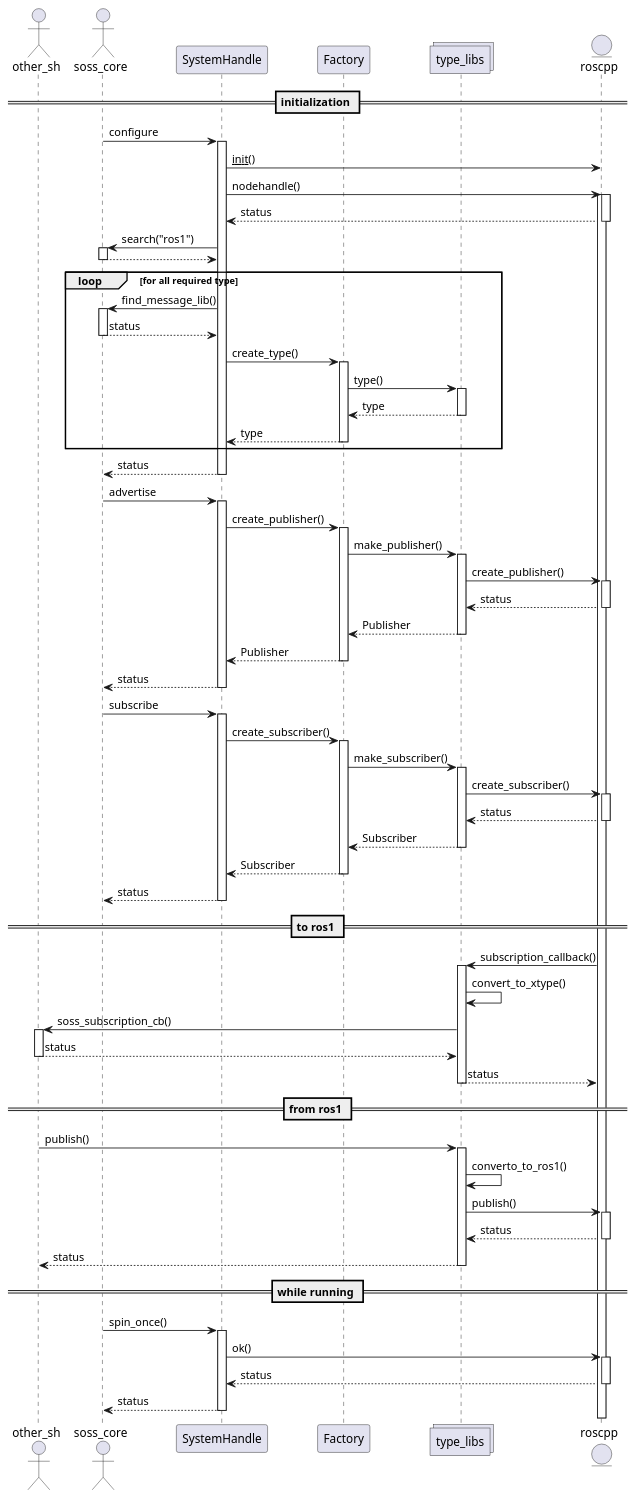
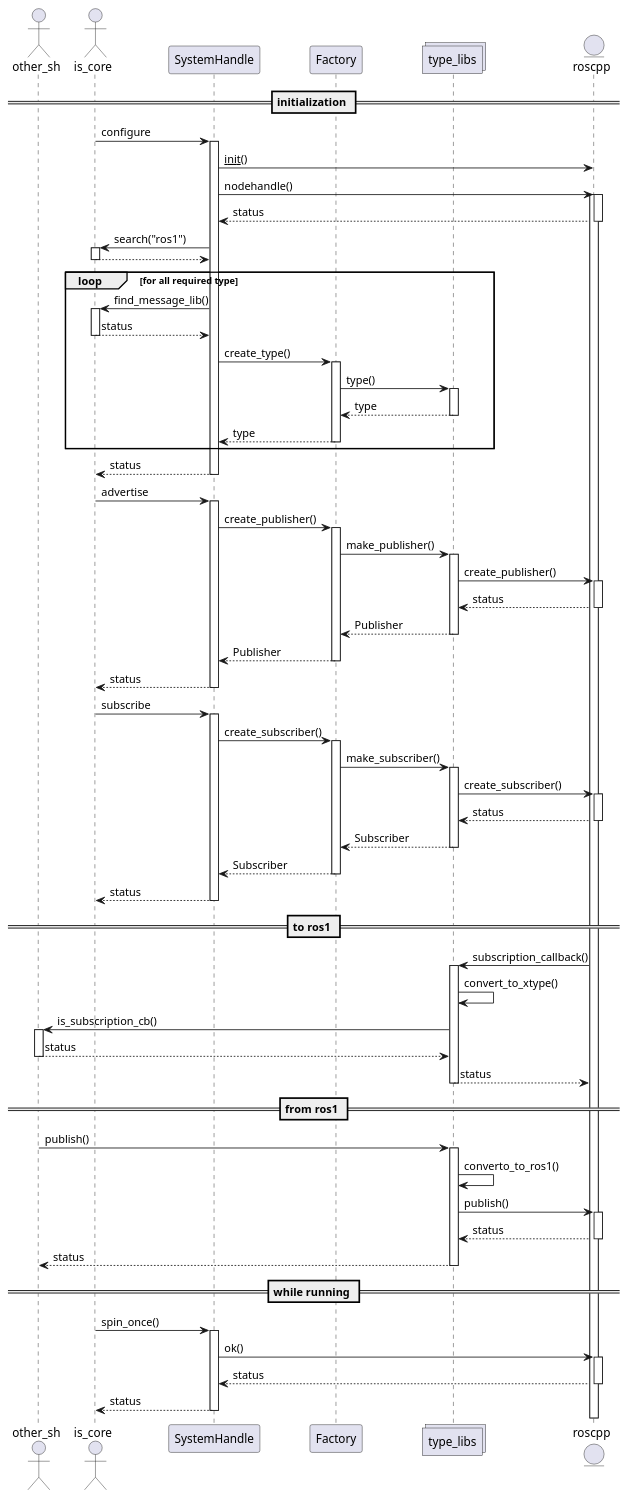
Before and after one commit to eProsima/ROS1-SH: the diagram in packages/ros1/docs/class.puml, drawn with PlantUML. The commit also changed 28 other files, not shown here.

```diff
--- a/packages/ros1/docs/class.puml
+++ b/packages/ros1/docs/class.puml
@@ -1,107 +1,107 @@
 @startuml
 
 actor other_sh
-actor soss_core
+actor is_core
 participant SystemHandle
 participant Factory
 collections type_libs
 entity roscpp
 
 == initialization ==
-soss_core -> SystemHandle: configure
+is_core -> SystemHandle: configure
 activate SystemHandle
 SystemHandle -> roscpp: __init__()
 SystemHandle -> roscpp: nodehandle()
 activate roscpp
-activate roscpp 
+activate roscpp
 SystemHandle <-- roscpp: status
 deactivate roscpp
-SystemHandle -> soss_core: search("ros1")
-activate soss_core
-SystemHandle <-- soss_core
-deactivate soss_core
+SystemHandle -> is_core: search("ros1")
+activate is_core
+SystemHandle <-- is_core
+deactivate is_core
 loop for all required type
-    SystemHandle -> soss_core: find_message_lib()
-    activate soss_core
-    SystemHandle <-- soss_core: status
-    deactivate soss_core
+    SystemHandle -> is_core: find_message_lib()
+    activate is_core
+    SystemHandle <-- is_core: status
+    deactivate is_core
     SystemHandle -> Factory: create_type()
     activate Factory
     Factory -> type_libs: type()
     activate type_libs
     Factory <-- type_libs: type
     deactivate type_libs
     SystemHandle <-- Factory: type
     deactivate Factory
 end
-soss_core <-- SystemHandle: status
+is_core <-- SystemHandle: status
 deactivate SystemHandle
 
-soss_core -> SystemHandle: advertise
+is_core -> SystemHandle: advertise
 activate SystemHandle
 SystemHandle -> Factory: create_publisher()
 activate Factory
 Factory -> type_libs: make_publisher()
 activate type_libs
 type_libs -> roscpp: create_publisher()
 activate roscpp
 type_libs <-- roscpp: status
 deactivate roscpp
 Factory <-- type_libs: Publisher
 deactivate type_libs
 SystemHandle <-- Factory: Publisher
 deactivate Factory
-soss_core <-- SystemHandle: status
+is_core <-- SystemHandle: status
 deactivate SystemHandle
 
-soss_core -> SystemHandle: subscribe
+is_core -> SystemHandle: subscribe
 activate SystemHandle
 SystemHandle -> Factory: create_subscriber()
 activate Factory
 Factory -> type_libs: make_subscriber()
 activate type_libs
 type_libs -> roscpp: create_subscriber()
 activate roscpp
 type_libs <-- roscpp: status
 deactivate roscpp
 Factory <-- type_libs: Subscriber
 deactivate type_libs
 SystemHandle <-- Factory: Subscriber
 deactivate Factory
-soss_core <-- SystemHandle: status
+is_core <-- SystemHandle: status
 deactivate SystemHandle
 
 == to ros1 ==
 roscpp -> type_libs: subscription_callback()
 activate type_libs
 type_libs -> type_libs: convert_to_xtype()
-type_libs -> other_sh: soss_subscription_cb()
+type_libs -> other_sh: is_subscription_cb()
 activate other_sh
 type_libs <-- other_sh: status
 deactivate other_sh
 roscpp <-- type_libs: status
 deactivate type_libs
 
 == from ros1 ==
 other_sh -> type_libs: publish()
 activate type_libs
 type_libs -> type_libs: converto_to_ros1()
 type_libs -> roscpp: publish()
 activate roscpp
 type_libs <-- roscpp: status
 deactivate roscpp
 other_sh <-- type_libs: status
 deactivate type_libs
 
 == while running ==
-soss_core -> SystemHandle: spin_once()
+is_core -> SystemHandle: spin_once()
 activate SystemHandle
 SystemHandle -> roscpp: ok()
 activate roscpp
 SystemHandle <-- roscpp: status
 deactivate roscpp
-soss_core <-- SystemHandle: status
+is_core <-- SystemHandle: status
 deactivate SystemHandle
 
 
 @enduml
```
